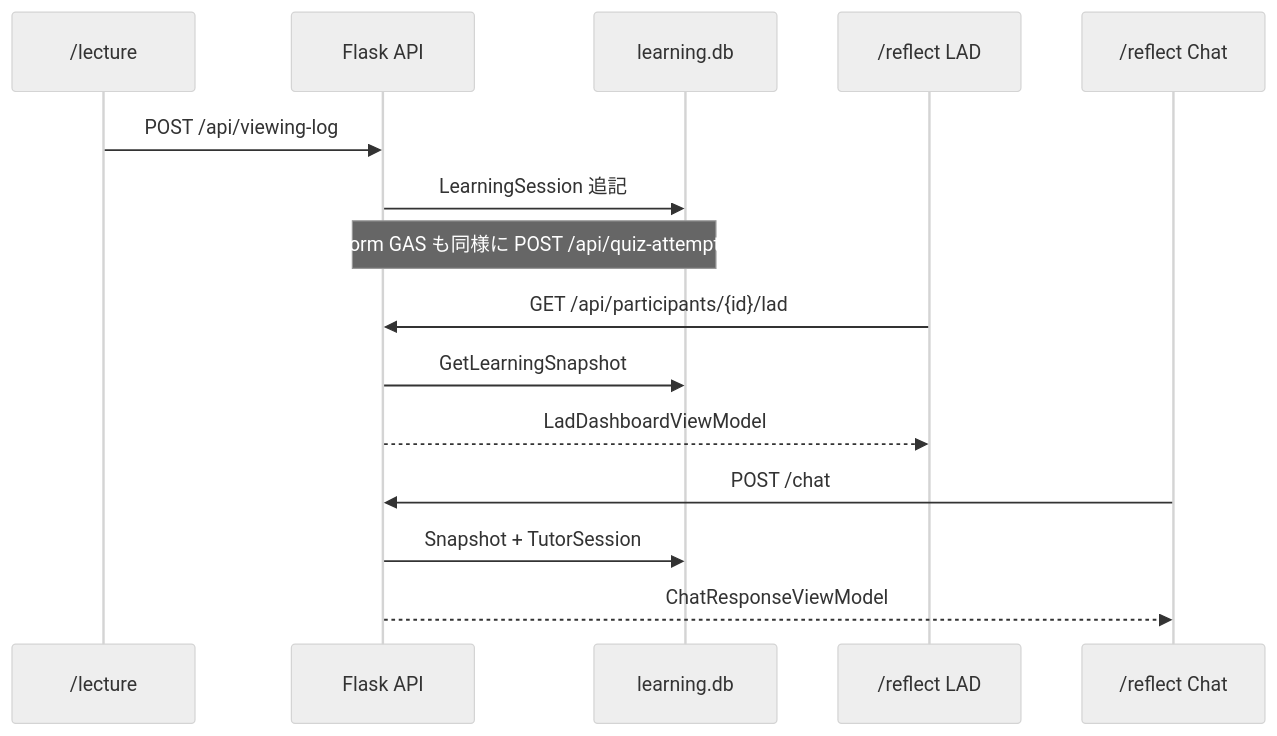
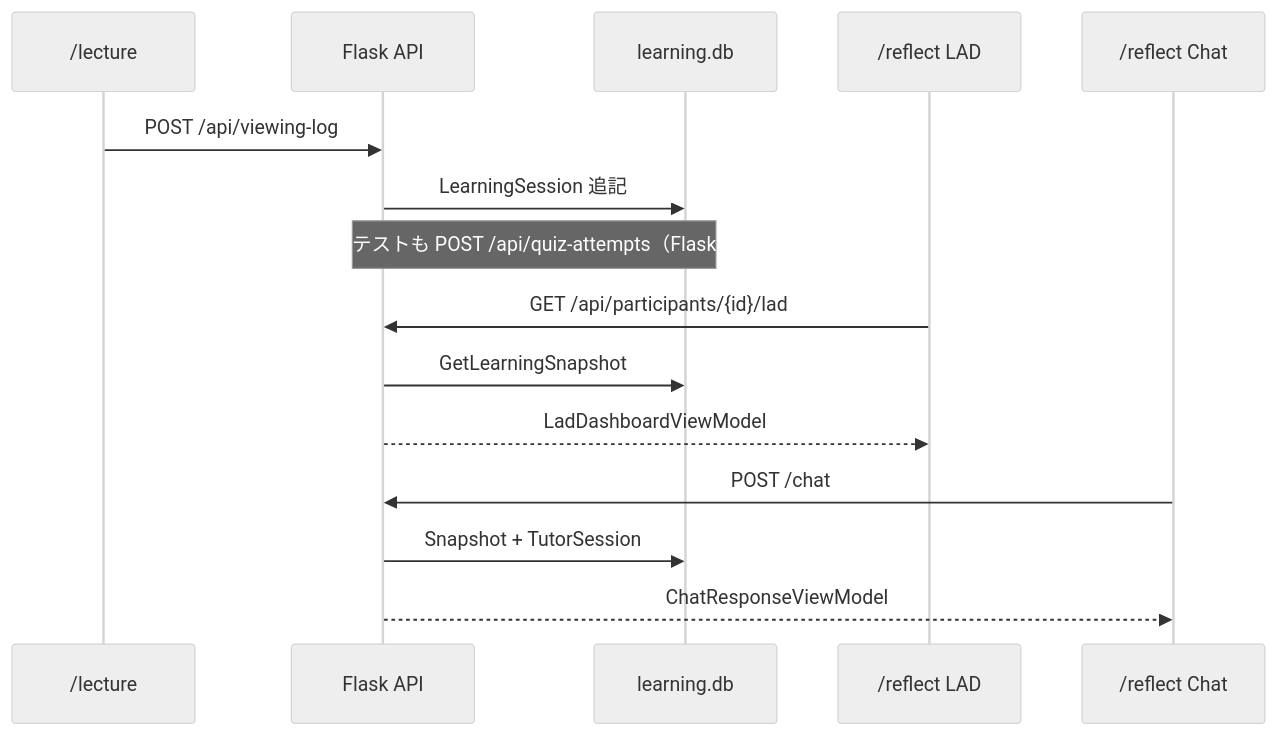
The second of 2 diagrams in docs/spec/framework-drivers-layer.md (Kotan-86/system_support_selfRegulatedLearning), drawn with Mermaid (neutral theme) before and after one commit. The commit also changed other lines of this file and 75 other files, not shown here.

````diff
--- a/docs/spec/framework-drivers-layer.md
+++ b/docs/spec/framework-drivers-layer.md
@@ -211,21 +221,21 @@
 ```mermaid
 sequenceDiagram
     participant Video as /lecture
     participant API as Flask API
     participant DB as learning.db
     participant LAD as /reflect LAD
     participant AI as /reflect Chat
 
     Video->>API: POST /api/viewing-log
     API->>DB: LearningSession 追記
 
-    Note over API,DB: Form GAS も同様に POST /api/quiz-attempts
+    Note over API,DB: 小テストも POST /api/quiz-attempts（Flask）
 
     LAD->>API: GET /api/participants/{id}/lad
     API->>DB: GetLearningSnapshot
     API-->>LAD: LadDashboardViewModel
 
     AI->>API: POST /chat
     API->>DB: Snapshot + TutorSession
     API-->>AI: ChatResponseViewModel
 ```
````
